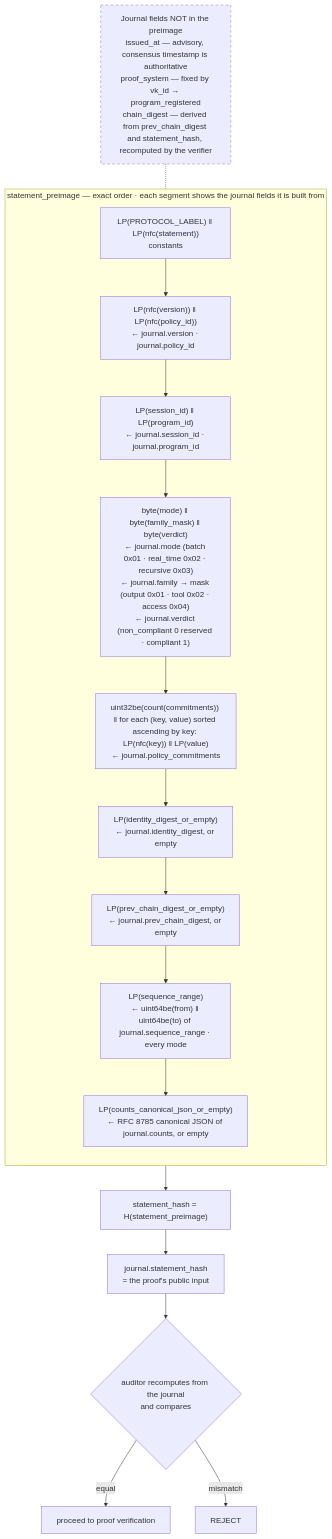
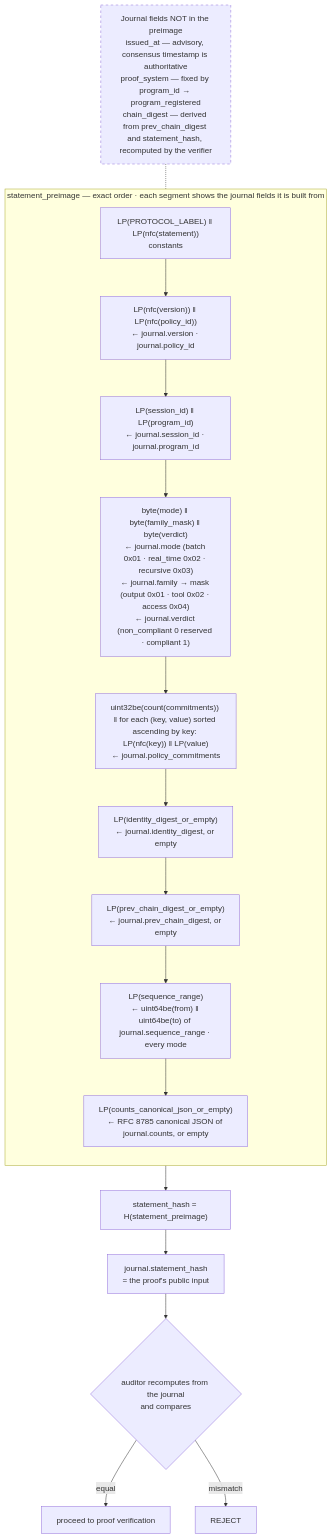
Before and after one commit to hashgraph-online/cryptographic-agent-execution-wg: diagram 14 of 23 in drafts/ZKBC-Architecture-Diagrams.md, drawn with Mermaid. The commit also changed other lines of this file and 3 other files, not shown here.

First line of the commit message:
spec: native program identity, flat set commitments, explicit hash bounds

````diff
--- a/drafts/ZKBC-Architecture-Diagrams.md
+++ b/drafts/ZKBC-Architecture-Diagrams.md
@@ -629,32 +633,32 @@
 ```mermaid
 flowchart TB
   subgraph P["statement_preimage — exact order · each segment shows the journal fields it is built from"]
     direction TB
     p0["LP(PROTOCOL_LABEL) ‖ LP(nfc(statement))<br/>constants"]
     p1["LP(nfc(version)) ‖ LP(nfc(policy_id))<br/>← journal.version · journal.policy_id"]
     p2["LP(session_id) ‖ LP(program_id)<br/>← journal.session_id · journal.program_id"]
     p3["byte(mode) ‖ byte(family_mask) ‖ byte(verdict)<br/>← journal.mode (batch 0x01 · real_time 0x02 · recursive 0x03)<br/>← journal.family → mask (output 0x01 · tool 0x02 · access 0x04)<br/>← journal.verdict (non_compliant 0 reserved · compliant 1)"]
     p4["uint32be(count(commitments)) ‖ for each (key, value) sorted ascending by key: LP(nfc(key)) ‖ LP(value)<br/>← journal.policy_commitments"]
     p5["LP(identity_digest_or_empty)<br/>← journal.identity_digest, or empty"]
     p6["LP(prev_chain_digest_or_empty)<br/>← journal.prev_chain_digest, or empty"]
     p6b["LP(sequence_range)<br/>← uint64be(from) ‖ uint64be(to) of journal.sequence_range · every mode"]
     p7["LP(counts_canonical_json_or_empty)<br/>← RFC 8785 canonical JSON of journal.counts, or empty"]
     p0 --> p1 --> p2 --> p3 --> p4 --> p5 --> p6 --> p6b --> p7
   end
 
   Hh["statement_hash = H(statement_preimage)"]
   SH["journal.statement_hash<br/>= the proof's public input"]
   Cmp{"auditor recomputes from the journal<br/>and compares"}
   Ok["proceed to proof verification"]
   Rej["REJECT"]
 
   p7 --> Hh --> SH --> Cmp
   Cmp -->|"equal"| Ok
   Cmp -->|"mismatch"| Rej
 
-  Unb["Journal fields NOT in the preimage<br/>issued_at — advisory, consensus timestamp is authoritative<br/>proof_system — fixed by vk_id → program_registered<br/>chain_digest — derived from prev_chain_digest and statement_hash, recomputed by the verifier"]
+  Unb["Journal fields NOT in the preimage<br/>issued_at — advisory, consensus timestamp is authoritative<br/>proof_system — fixed by program_id → program_registered<br/>chain_digest — derived from prev_chain_digest and statement_hash, recomputed by the verifier"]
   Unb -.- P
 
   classDef unbound stroke-dasharray: 5 5;
   class Unb unbound;
 ```
````
